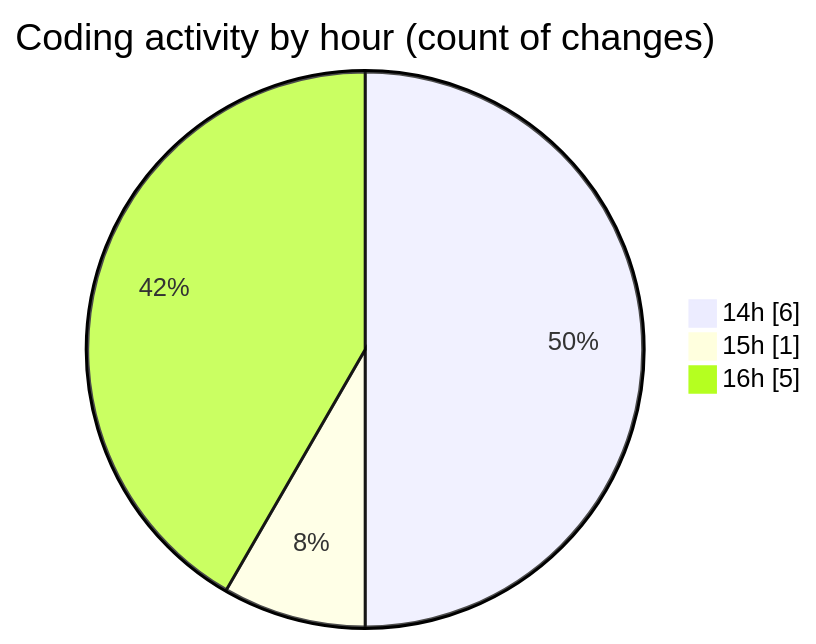
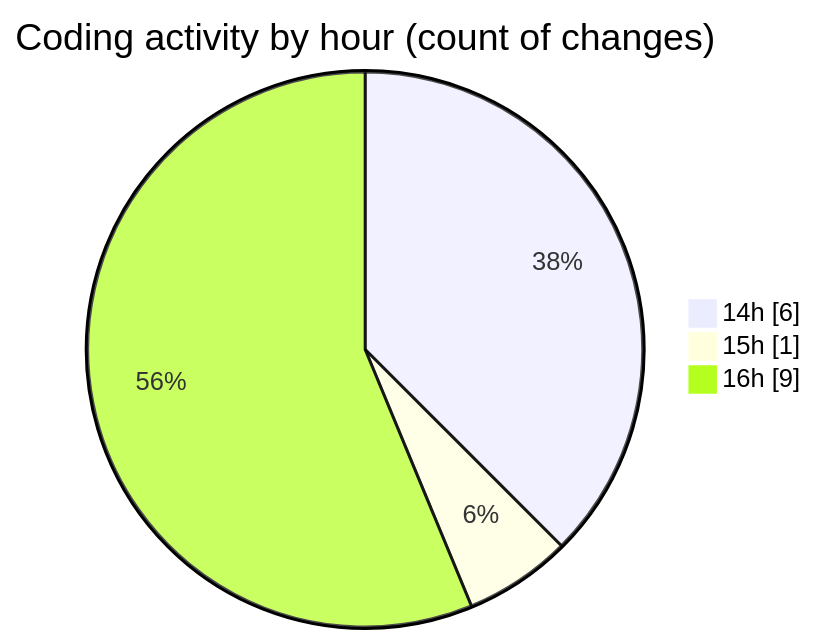
The second of 2 diagrams in 2025-10-07/untitled__workspace_/README.md (debugP/code-tracking), drawn with Mermaid before and after one commit. The commit also changed other lines of this file and 1 other file, not shown here.

````diff
--- a/2025-10-07/untitled__workspace_/README.md
+++ b/2025-10-07/untitled__workspace_/README.md
@@ -29,7 +29,7 @@
 ```mermaid
 pie showData
 title Coding activity by hour (count of changes)
 "14h" : 6
 "15h" : 1
-"16h" : 5
+"16h" : 9
 ```
````
